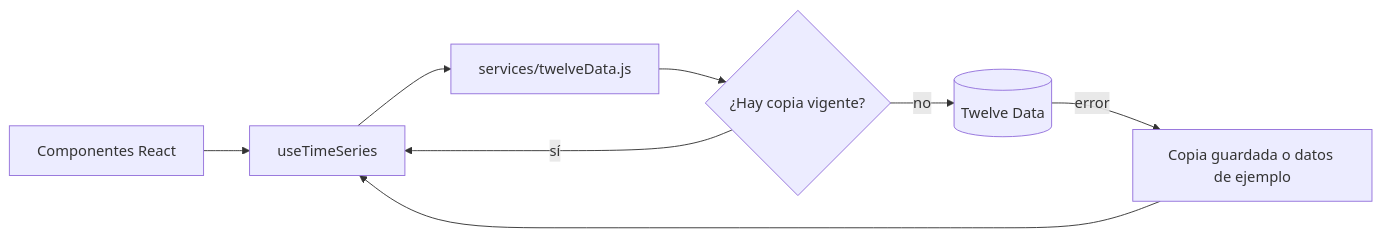
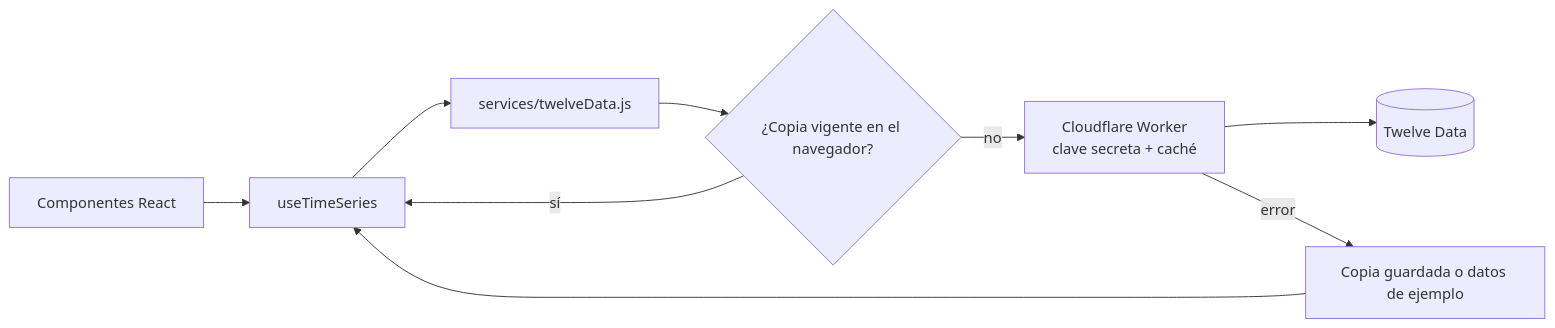
The diagram in README.md (hrking31/Demo-Bolsa), drawn with Mermaid before and after one commit. The commit also changed other lines of this file and 11 other files, not shown here.

First line of the commit message:
Agrega un intermediario en Cloudflare Workers para ocultar la clave de API

````diff
--- a/README.md
+++ b/README.md
@@ -17,10 +17,11 @@
 ```mermaid
 flowchart LR
   UI[Componentes React] --> Hook[useTimeSeries]
   Hook --> Service[services/twelveData.js]
-  Service --> Cache{¿Hay copia vigente?}
+  Service --> Cache{¿Copia vigente en el navegador?}
   Cache -- sí --> Hook
-  Cache -- no --> API[(Twelve Data)]
-  API -- error --> Fallback[Copia guardada o datos de ejemplo]
+  Cache -- no --> Worker[Cloudflare Worker<br/>clave secreta + caché]
+  Worker --> API[(Twelve Data)]
+  Worker -- error --> Fallback[Copia guardada o datos de ejemplo]
   Fallback --> Hook
 ```
````
